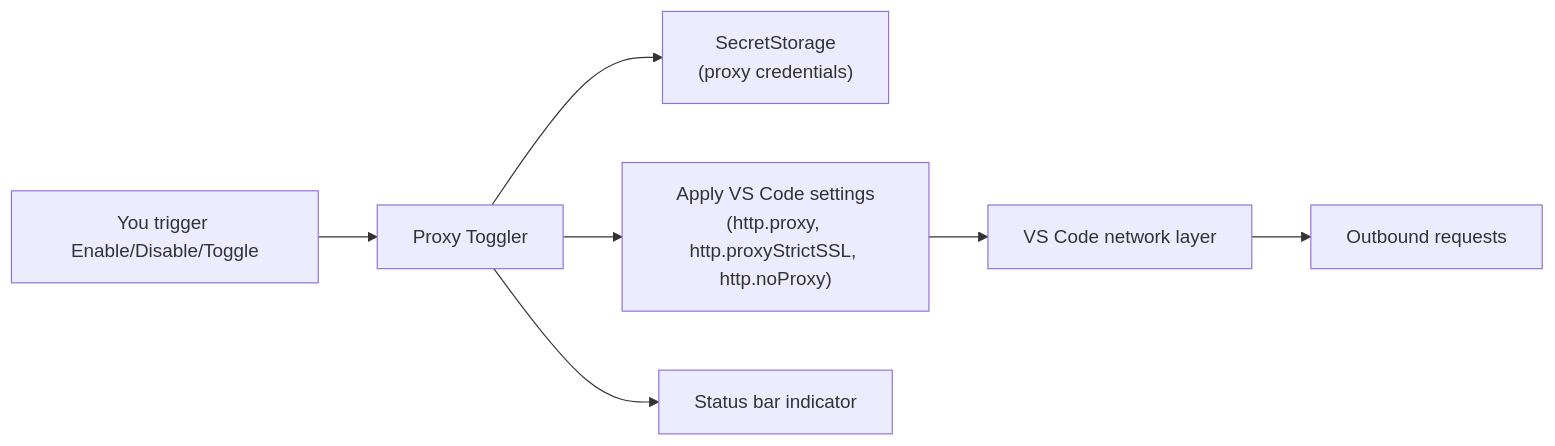
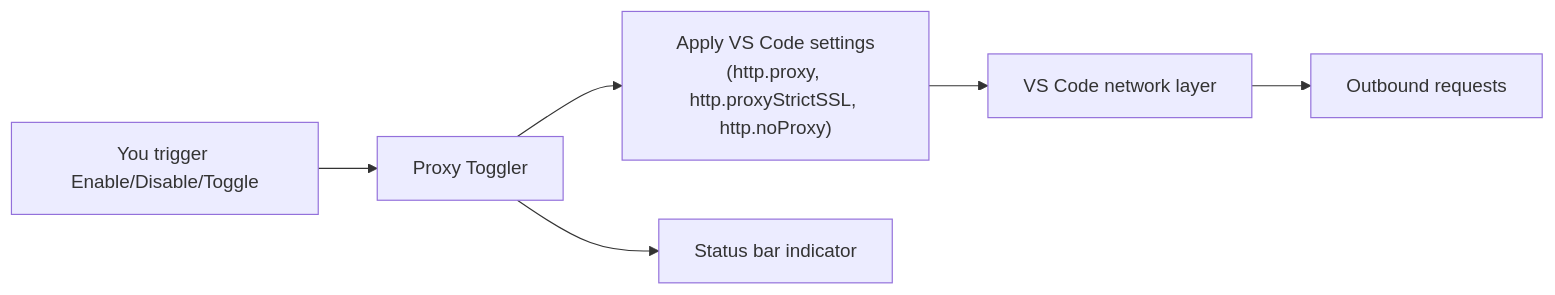
Before and after one commit to bluecloud-dev/proxy-toggler: the diagram in README.md, drawn with Mermaid. The commit also changed other lines of this file and 33 other files, not shown here.

````diff
--- a/README.md
+++ b/README.md
@@ -107,9 +108,8 @@
 ```mermaid
 flowchart LR
     U["You trigger Enable/Disable/Toggle"] --> E["Proxy Toggler"]
-    E --> S["SecretStorage<br/>(proxy credentials)"]
     E --> C["Apply VS Code settings<br/>(http.proxy, http.proxyStrictSSL, http.noProxy)"]
     C --> VS["VS Code network layer"]
     VS --> Net["Outbound requests"]
     E --> SB["Status bar indicator"]
 ```
````
